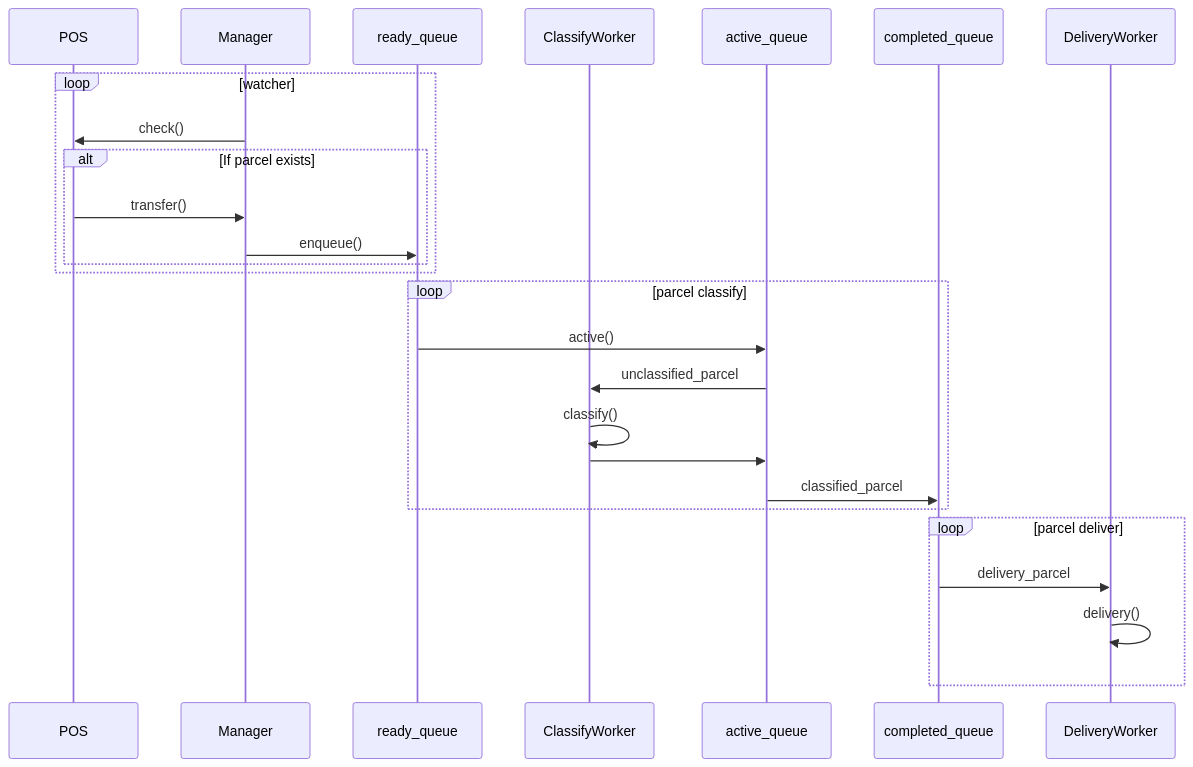
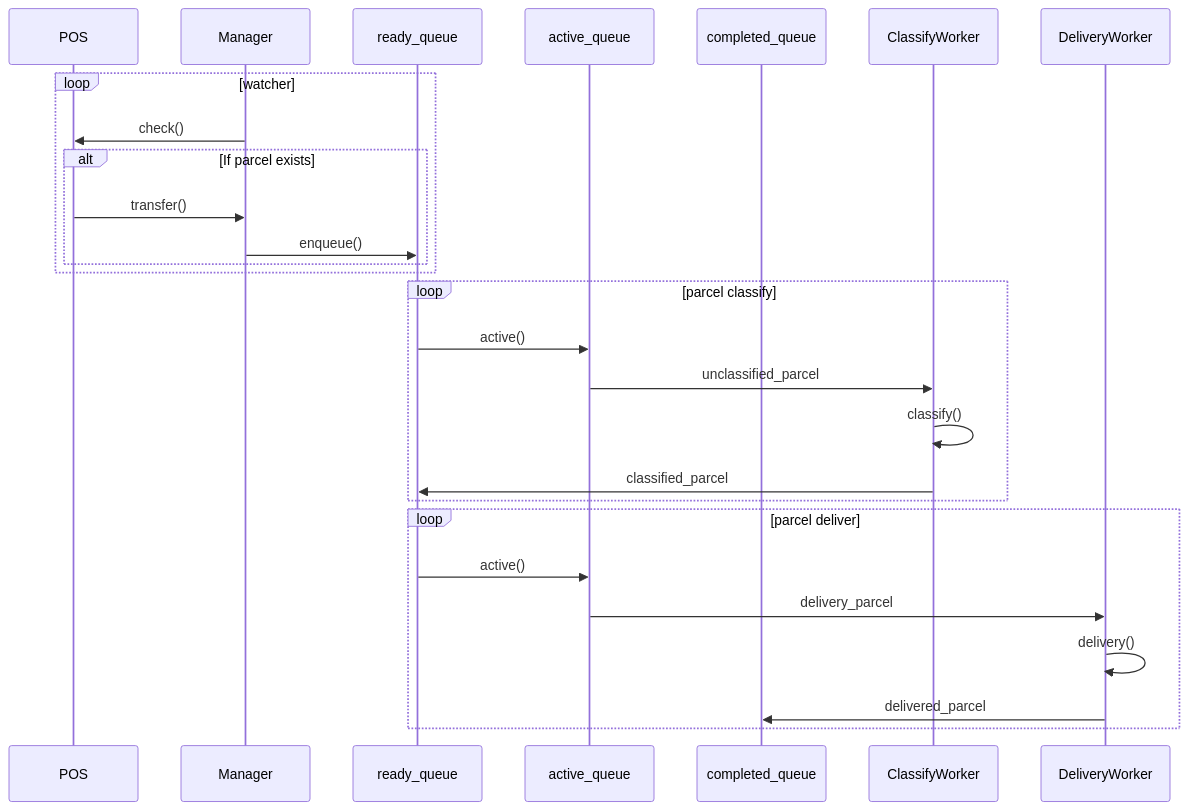
The diagram in README.md (NarciSource/Boostcamp-Challenge), drawn with Mermaid before and after one commit. The commit also changed 4 other files, not shown here.

````diff
--- a/README.md
+++ b/README.md
@@ -56,31 +56,32 @@
 ```mermaid
 sequenceDiagram
     participant POS
     participant Manager
     participant ready_queue
-    participant ClassifyWorker
     participant active_queue
     participant completed_queue
+    participant ClassifyWorker
     participant DeliveryWorker
 
     loop watcher
         Manager->>POS: check()
         alt If parcel exists
             POS->>Manager: transfer()
             Manager->>ready_queue: enqueue()
         end
     end
 
     loop parcel classify
         ready_queue->>active_queue: active()
         active_queue->>ClassifyWorker: unclassified_parcel
         ClassifyWorker->>ClassifyWorker: classify()
-        ClassifyWorker->>active_queue: 
-        active_queue->>completed_queue: classified_parcel 
+        ClassifyWorker->>ready_queue: classified_parcel
     end
 
     loop parcel deliver
-        completed_queue->>DeliveryWorker: delivery_parcel
+        ready_queue->>active_queue: active()
+        active_queue->>DeliveryWorker: delivery_parcel
         DeliveryWorker->>DeliveryWorker: delivery()
+        DeliveryWorker->>completed_queue: delivered_parcel
     end
 ```
````
